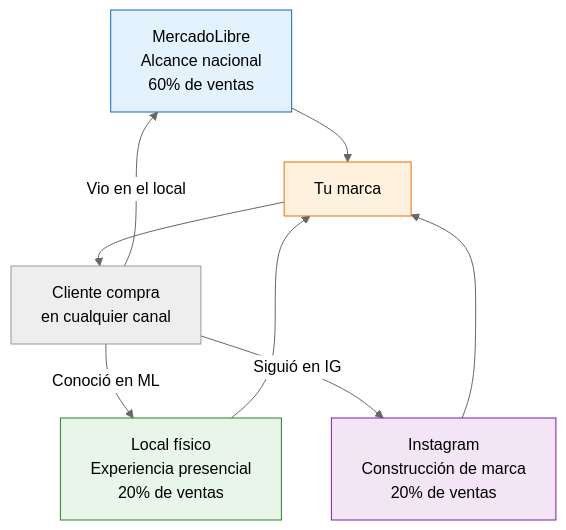
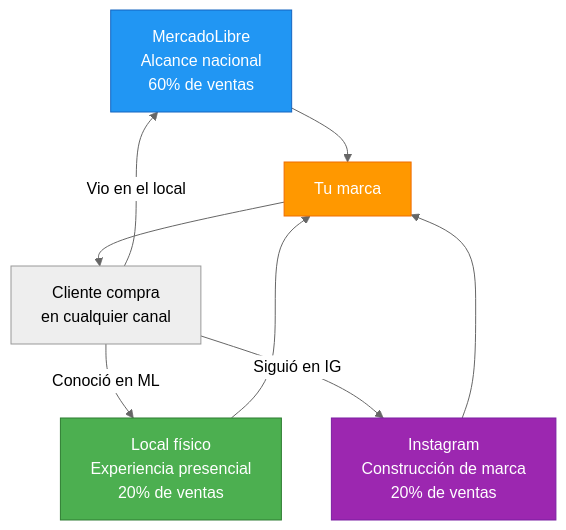
One commit to barrosignacioezequiel-coder/docs changed the second of 2 diagrams in app/paso1-argentina/crecer-gestionar/local-comercial.mdx. Above: the diagram before and after it, drawn with Mermaid (neutral theme). The commit also changed other lines of this file and 66 other files, not shown here.

First line of the commit message:
fix: resolve Mermaid v11 numbered list errors + improve contrast

````diff
--- a/app/paso1-argentina/crecer-gestionar/local-comercial.mdx
+++ b/app/paso1-argentina/crecer-gestionar/local-comercial.mdx
@@ -165,16 +165,16 @@
 ```mermaid
 graph TD
     A["MercadoLibre<br/>Alcance nacional<br/>60% de ventas"] --> D["Tu marca"]
     B["Instagram<br/>Construcción de marca<br/>20% de ventas"] --> D
     C["Local físico<br/>Experiencia presencial<br/>20% de ventas"] --> D
 
     D --> E["Cliente compra<br/>en cualquier canal"]
     E -->|"Conoció en ML"| C
     E -->|"Vio en el local"| A
     E -->|"Siguió en IG"| B
 
-    style A fill:#e3f2fd,stroke:#1565c0
-    style B fill:#f3e5f5,stroke:#7b1fa2
-    style C fill:#e8f5e9,stroke:#2e7d32
-    style D fill:#fff3e0,stroke:#ef6c00
+    style A fill:#2196f3,stroke:#1565c0,color:#fff
+    style B fill:#9c27b0,stroke:#7b1fa2,color:#fff
+    style C fill:#4caf50,stroke:#2e7d32,color:#fff
+    style D fill:#ff9800,stroke:#ef6c00,color:#fff
 ```
````
